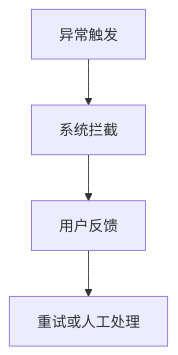
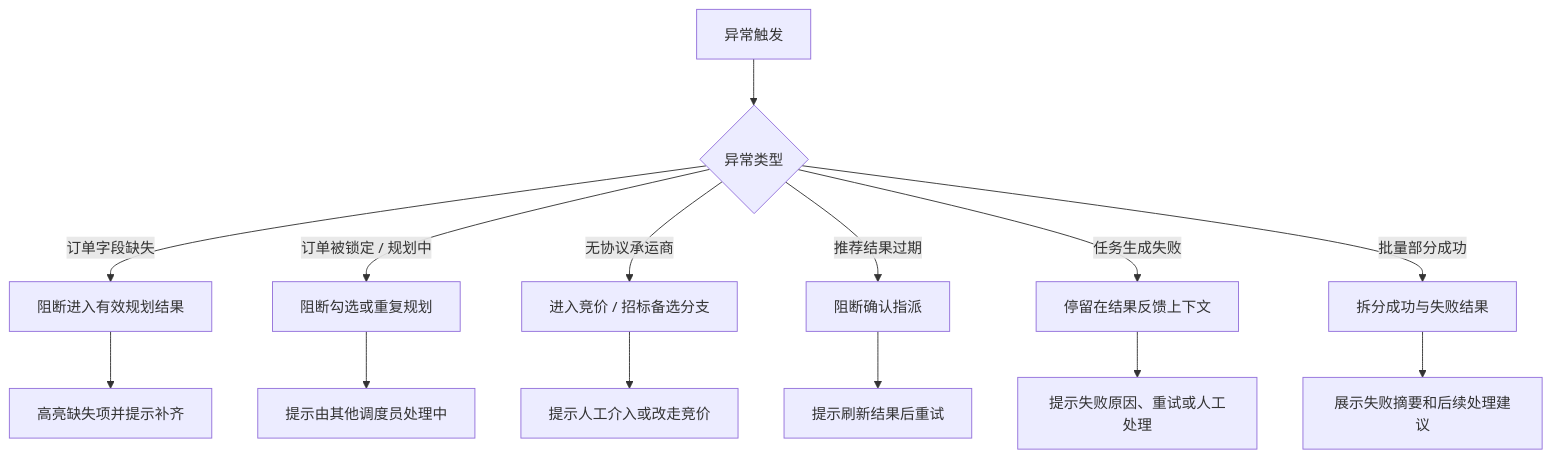
The third of 4 diagrams in 01_Master_Documents/Product_Architecture.md (husinglemon-art/TMS_Shipper), drawn with Mermaid before and after one commit. The commit also changed other lines of this file and 3 other files, not shown here.

Commit message:
docs: add v1.0 architecture diagrams

````diff
--- a/01_Master_Documents/Product_Architecture.md
+++ b/01_Master_Documents/Product_Architecture.md
@@ -57,6 +97,22 @@
 ```mermaid
 flowchart TD
-    A[异常触发] --> B[系统拦截]
-    B --> C[用户反馈]
-    C --> D[重试或人工处理]
+    A[异常触发] --> B{异常类型}
+
+    B -->|订单字段缺失| C[阻断进入有效规划结果]
+    C --> C1[高亮缺失项并提示补齐]
+
+    B -->|订单被锁定 / 规划中| D[阻断勾选或重复规划]
+    D --> D1[提示由其他调度员处理中]
+
+    B -->|无协议承运商| E[进入竞价 / 招标备选分支]
+    E --> E1[提示人工介入或改走竞价]
+
+    B -->|推荐结果过期| F[阻断确认指派]
+    F --> F1[提示刷新结果后重试]
+
+    B -->|任务生成失败| G[停留在结果反馈上下文]
+    G --> G1[提示失败原因、重试或人工处理]
+
+    B -->|批量部分成功| H[拆分成功与失败结果]
+    H --> H1[展示失败摘要和后续处理建议]
 ```
````
